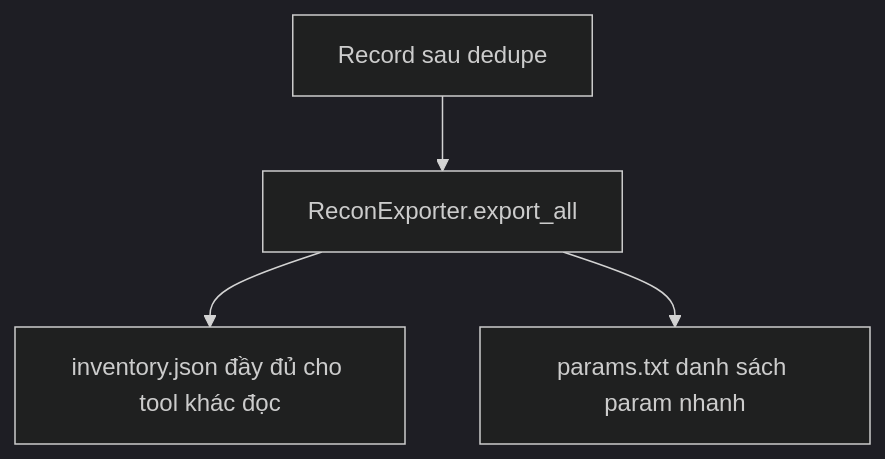
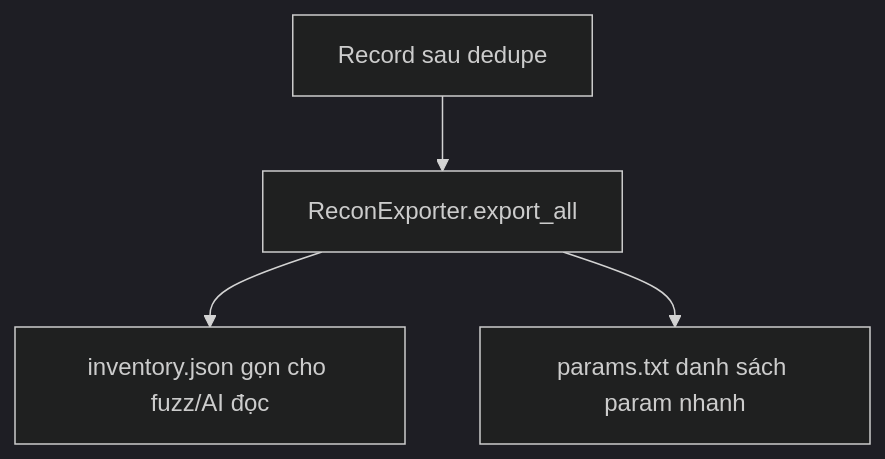
Before and after one commit to penguino7/toolkiemthu: the seventh of 8 diagrams in recontool/RECON_FLOW.md, drawn with Mermaid (dark theme). The commit also changed 25 other files, not shown here.

````diff
--- a/recontool/RECON_FLOW.md
+++ b/recontool/RECON_FLOW.md
@@ -127,6 +127,6 @@
 ```mermaid
 flowchart TD
     A[Record sau dedupe] --> B[ReconExporter.export_all]
-    B --> C[inventory.json đầy đủ cho tool khác đọc]
+    B --> C[inventory.json gọn cho fuzz/AI đọc]
     B --> D[params.txt danh sách param nhanh]
 ```
````
